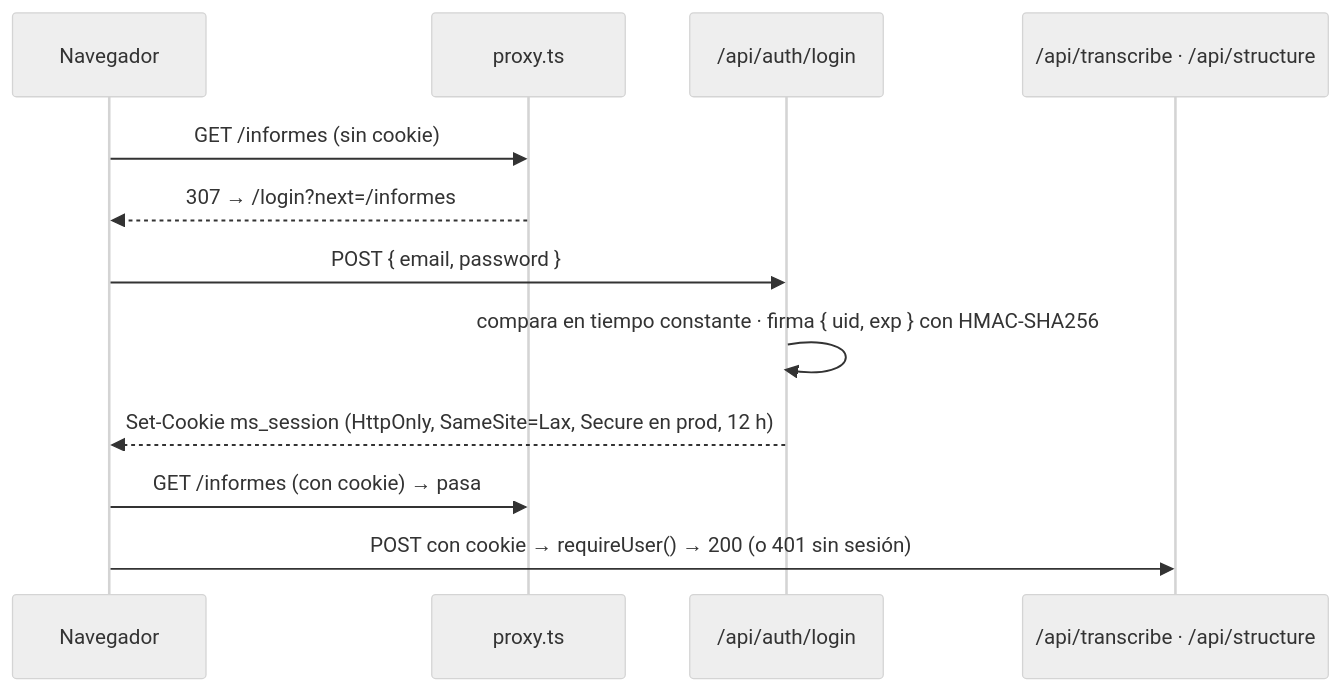
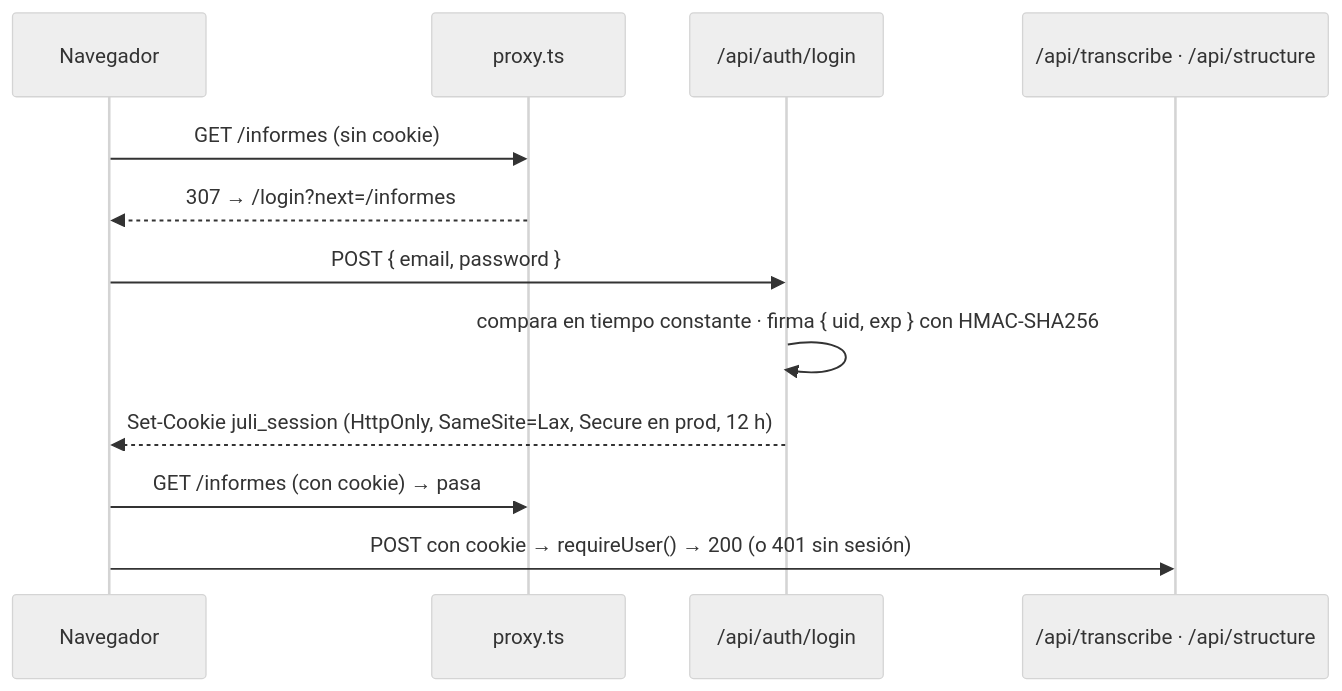
One commit to Sheila-RV/juli_medical_assistant changed the second of 3 diagrams in docs/ARCHITECTURE.md. Above: the diagram before and after it, drawn with Mermaid (neutral theme). The commit also changed other lines of this file and 25 other files, not shown here.

````diff
--- a/docs/ARCHITECTURE.md
+++ b/docs/ARCHITECTURE.md
@@ -56,14 +56,14 @@
 ```mermaid
 sequenceDiagram
     participant B as Navegador
     participant P as proxy.ts
     participant L as /api/auth/login
     participant API as /api/transcribe · /api/structure
     B->>P: GET /informes (sin cookie)
     P-->>B: 307 → /login?next=/informes
     B->>L: POST { email, password }
     L->>L: compara en tiempo constante · firma { uid, exp } con HMAC-SHA256
-    L-->>B: Set-Cookie ms_session (HttpOnly, SameSite=Lax, Secure en prod, 12 h)
+    L-->>B: Set-Cookie juli_session (HttpOnly, SameSite=Lax, Secure en prod, 12 h)
     B->>P: GET /informes (con cookie) → pasa
     B->>API: POST con cookie → requireUser() → 200 (o 401 sin sesión)
 ```
````
